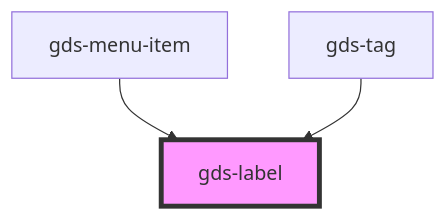
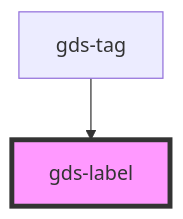
Before and after one commit to generoi/genero-design-system: the diagram in src/components/gds-label/readme.md, drawn with Mermaid. The commit also changed other lines of this file and 14 other files, not shown here.

````diff
--- a/src/components/gds-label/readme.md
+++ b/src/components/gds-label/readme.md
@@ -22,6 +21,5 @@
 ```mermaid
 graph TD;
-  gds-menu-item --> gds-label
   gds-tag --> gds-label
   style gds-label fill:#f9f,stroke:#333,stroke-width:4px
 ```
````
